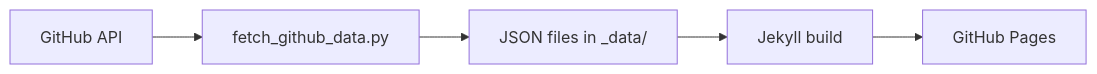
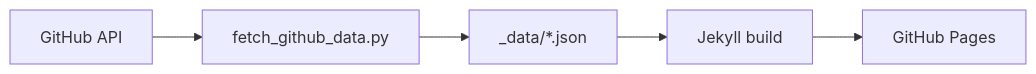
Before and after one commit to viktorpm/viktorpm.github.io: the diagram in README.md, drawn with Mermaid. The commit also changed other lines of this file and 7 other files, not shown here.

````diff
--- a/README.md
+++ b/README.md
@@ -9,7 +31,7 @@
 ```mermaid
 graph LR
     A[GitHub API] --> B[fetch_github_data.py]
-    B --> C[JSON files in _data/]
+    B --> C[_data/*.json]
     C --> D[Jekyll build]
     D --> E[GitHub Pages]
 ```
````
